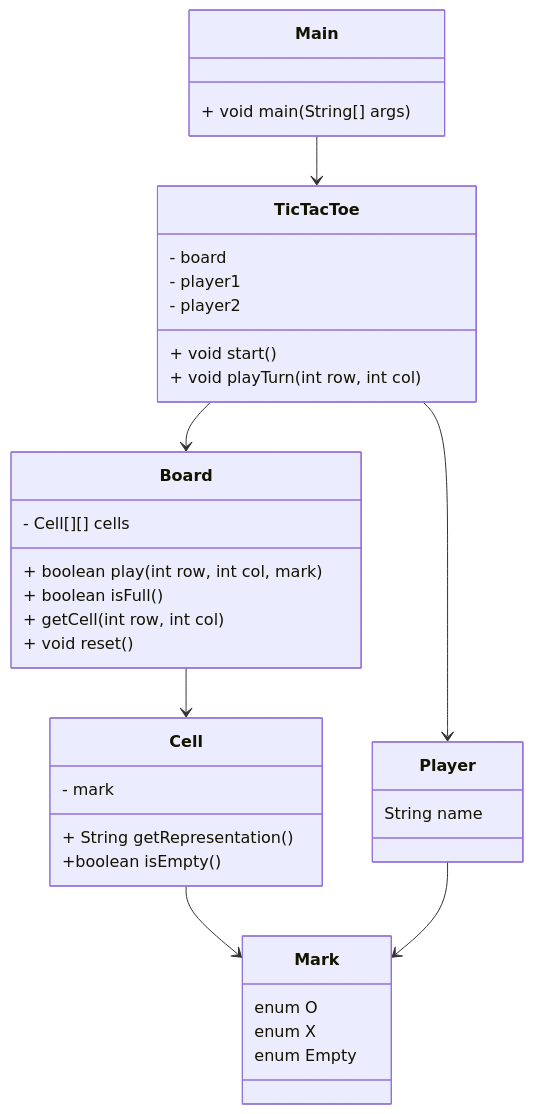
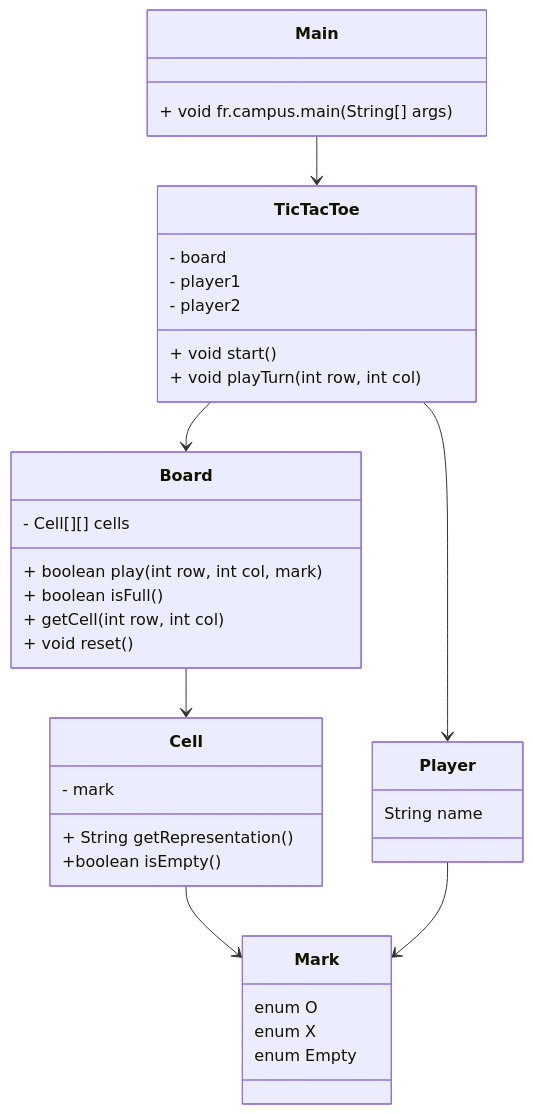
One commit to Sinan386/TicTacToe changed the diagram in README.md. Above: the diagram before and after it, drawn with Mermaid. The commit also changed 9 other files, not shown here.

````diff
--- a/README.md
+++ b/README.md
@@ -2,49 +2,49 @@
 ```mermaid
 classDiagram
-Main : + void main(String[] args)
+Main : + void fr.campus.main(String[] args)
 
     class TicTacToe {
       - board
       - player1
       - player2
       
       + void start()
       + void playTurn(int row, int col)
       
     }
     class Board {
       - Cell[][] cells
       + boolean play(int row, int col, mark)                                                                                                                                                                          
       + boolean isFull()
       + getCell(int row, int col)
       + void reset()
     }
 
     class Cell {
         - mark
         + String getRepresentation()
         +boolean isEmpty ()
 
     }
 
     class Player {
             String name
         }
 
     class Mark {
         enum O 
         enum X
         enum Empty
     }
 
  Main --> TicTacToe
  TicTacToe --> Board
  Board      --> Cell
  TicTacToe --> Player
  Cell --> Mark
  Player --> Mark
 
 
 
 
 ```
````
